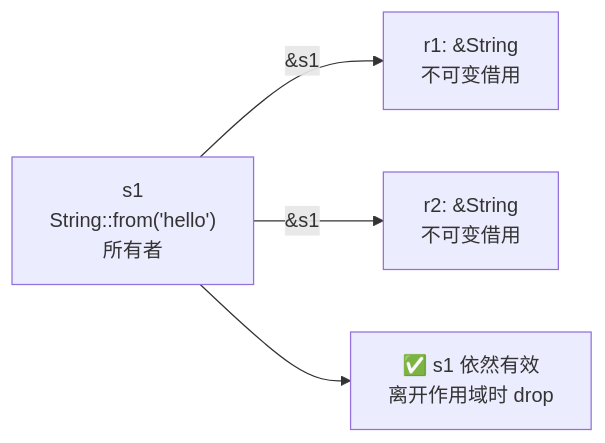
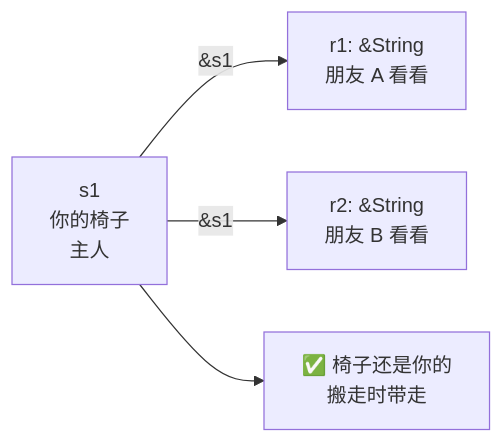
Before and after one commit to qknow-0/blog: the second of 4 diagrams in languages/rust/ownership.md, drawn with Mermaid. The commit also changed other lines of this file and 10 other files, not shown here.

Commit message:
docs: Rust 全系列比喻重写——搬家/停车票/背包/快递/应聘/集装箱/图书馆/公寓楼/食品质检/酒店

````diff
--- a/languages/rust/ownership.md
+++ b/languages/rust/ownership.md
@@ -50,6 +54,6 @@
 ```mermaid
 flowchart LR
-    OWNER["s1<br/>String::from('hello')<br/>所有者"] -->|"&s1"| B1["r1: &String<br/>不可变借用"]
-    OWNER -->|"&s1"| B2["r2: &String<br/>不可变借用"]
-    OWNER --> DONE["✅ s1 依然有效<br/>离开作用域时 drop"]
+    OWNER["s1<br/>你的椅子<br/>主人"] -->|"&s1"| B1["r1: &String<br/>朋友 A 看看"]
+    OWNER -->|"&s1"| B2["r2: &String<br/>朋友 B 看看"]
+    OWNER --> DONE["✅ 椅子还是你的<br/>搬走时带走"]
 ```
````
